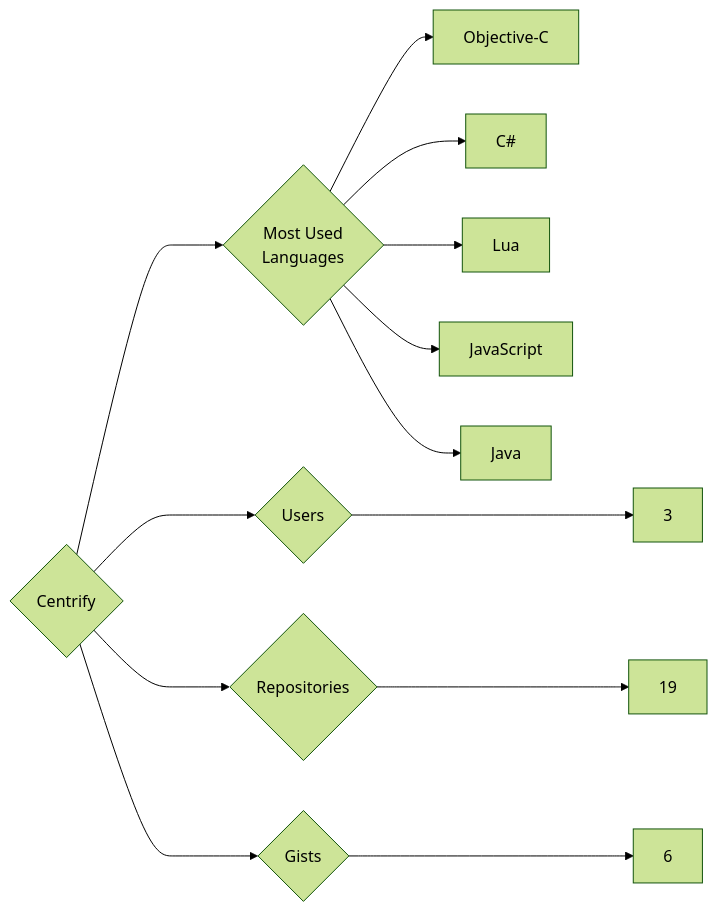
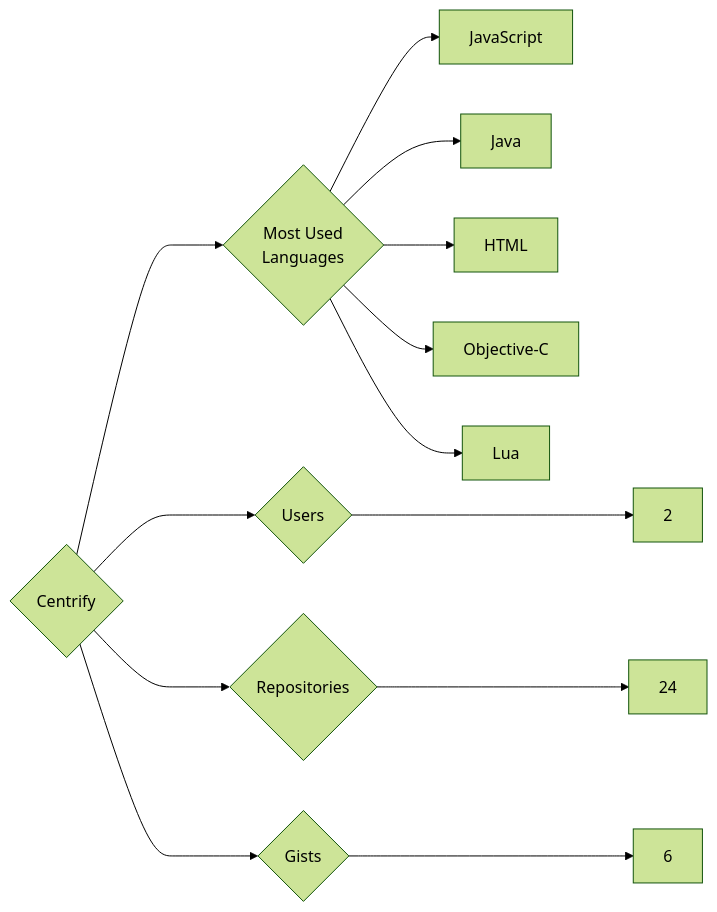
Before and after one commit to trickest/insiders: the diagram in targets/Centrify/README.md, drawn with Mermaid (forest theme). The commit also changed 932 other files, not shown here.

````diff
--- a/targets/Centrify/README.md
+++ b/targets/Centrify/README.md
@@ -3,13 +3,13 @@
 ```mermaid
 graph LR
 COMPANY_NAME{Centrify}
-COMPANY_NAME ---> U{Users} ---> UN[3]
-COMPANY_NAME ---> R{Repositories} ---> RN[19]
+COMPANY_NAME ---> U{Users} ---> UN[2]
+COMPANY_NAME ---> R{Repositories} ---> RN[24]
 COMPANY_NAME ---> G{Gists} ---> GN[6]
 COMPANY_NAME ---> ML{Most Used<br>Languages}
-ML --> Objective-C[Objective-C]
-ML --> C#[C#]
-ML --> Lua[Lua]
 ML --> JavaScript[JavaScript]
 ML --> Java[Java]
+ML --> HTML[HTML]
+ML --> Objective-C[Objective-C]
+ML --> Lua[Lua]
 ```
````
